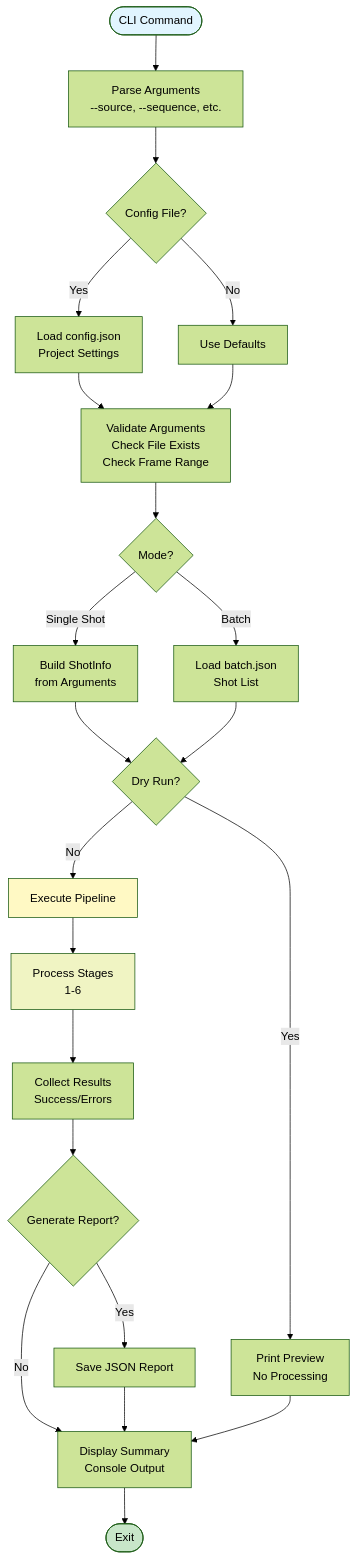
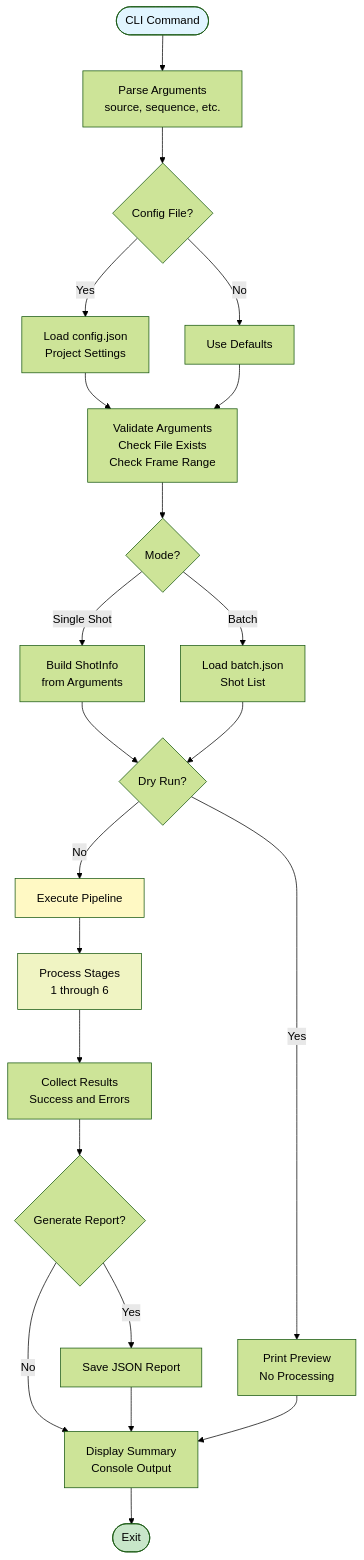
One commit to thomashollier/ded-pipe changed the fourth of 9 diagrams in FLOWCHARTS.md. Above: the diagram before and after it, drawn with Mermaid (forest theme). The commit also changed other lines of this file, not shown here.

````diff
--- a/FLOWCHARTS.md
+++ b/FLOWCHARTS.md
@@ -231,43 +234,43 @@
 ```mermaid
 graph TB
-    Start([CLI Command]) --> Parse[Parse Arguments<br/>--source, --sequence, etc.]
+    Start([CLI Command]) --> Parse["Parse Arguments<br/>source, sequence, etc."]
     
     Parse --> ConfigLoad{Config File?}
-    ConfigLoad -->|Yes| LoadConfig[Load config.json<br/>Project Settings]
-    ConfigLoad -->|No| Defaults[Use Defaults]
+    ConfigLoad -->|Yes| LoadConfig["Load config.json<br/>Project Settings"]
+    ConfigLoad -->|No| Defaults["Use Defaults"]
     
     LoadConfig --> Validate
     Defaults --> Validate
     
-    Validate[Validate Arguments<br/>Check File Exists<br/>Check Frame Range]
+    Validate["Validate Arguments<br/>Check File Exists<br/>Check Frame Range"]
     
     Validate --> Mode{Mode?}
     
-    Mode -->|Single Shot| BuildShot[Build ShotInfo<br/>from Arguments]
-    Mode -->|Batch| LoadBatch[Load batch.json<br/>Shot List]
+    Mode -->|Single Shot| BuildShot["Build ShotInfo<br/>from Arguments"]
+    Mode -->|Batch| LoadBatch["Load batch.json<br/>Shot List"]
     
     BuildShot --> DryRun{Dry Run?}
     LoadBatch --> DryRun
     
-    DryRun -->|Yes| Preview[Print Preview<br/>No Processing]
-    DryRun -->|No| Execute[Execute Pipeline]
+    DryRun -->|Yes| Preview["Print Preview<br/>No Processing"]
+    DryRun -->|No| Execute["Execute Pipeline"]
     
-    Execute --> Process[Process Stages<br/>1-6]
+    Execute --> Process["Process Stages<br/>1 through 6"]
     
-    Process --> Collect[Collect Results<br/>Success/Errors]
+    Process --> Collect["Collect Results<br/>Success and Errors"]
     
     Collect --> Report{Generate Report?}
     
-    Report -->|Yes| SaveReport[Save JSON Report]
+    Report -->|Yes| SaveReport["Save JSON Report"]
     Report -->|No| Display
     
-    SaveReport --> Display[Display Summary<br/>Console Output]
+    SaveReport --> Display["Display Summary<br/>Console Output"]
     Preview --> Display
     
     Display --> End([Exit])
     
     style Start fill:#e1f5ff
     style End fill:#c8e6c9
     style Execute fill:#fff9c4
     style Process fill:#f0f4c3
 ```
````
